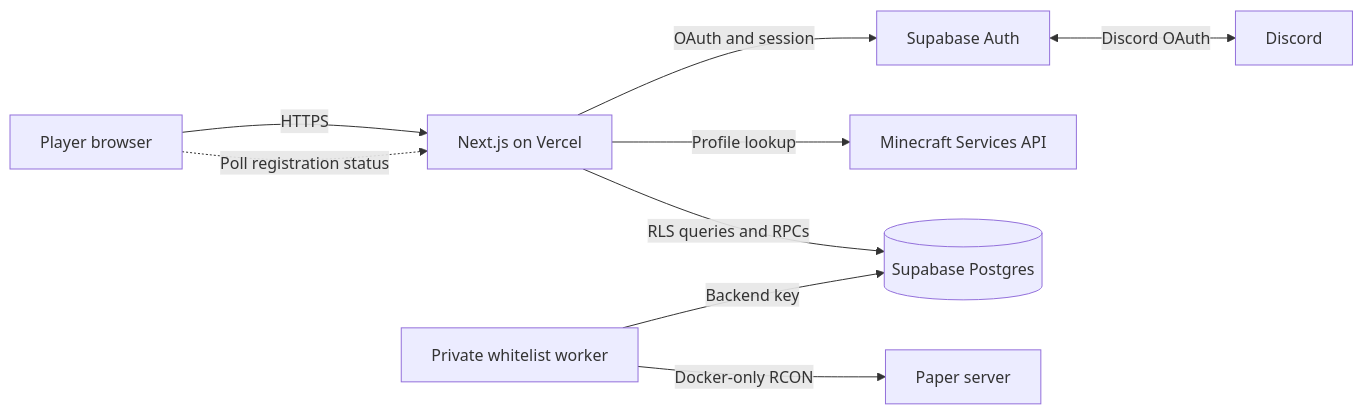
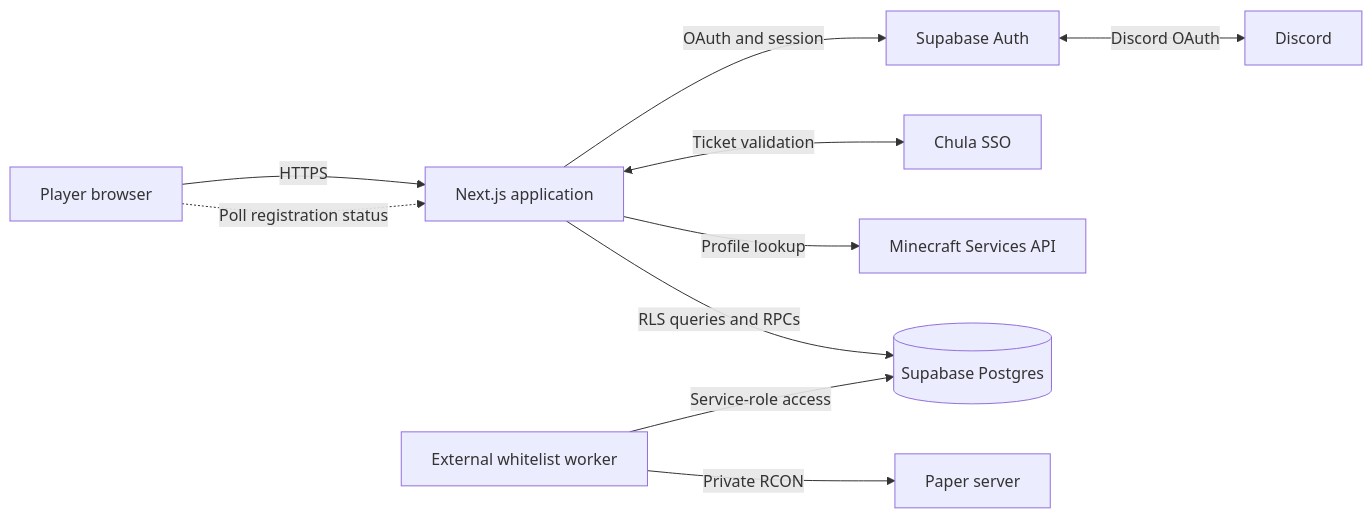
The diagram in README.md (ChulaCraft/chulacraft-web), drawn with Mermaid before and after one commit. The commit also changed other lines of this file, not shown here.

````diff
--- a/README.md
+++ b/README.md
@@ -25,11 +30,12 @@
 ```mermaid
 flowchart LR
-    Player[Player browser] -->|HTTPS| Web[Next.js on Vercel]
-    Web -->|OAuth and session| Auth[Supabase Auth]
-    Auth <-->|Discord OAuth| Discord[Discord]
-    Web -->|Profile lookup| Mojang[Minecraft Services API]
-    Web -->|RLS queries and RPCs| DB[(Supabase Postgres)]
-    Worker[Private whitelist worker] -->|Backend key| DB
-    Worker -->|Docker-only RCON| Paper[Paper server]
-    Player -.->|Poll registration status| Web
+  Player[Player browser] -->|HTTPS| Web[Next.js application]
+  Web -->|OAuth and session| Auth[Supabase Auth]
+  Auth <-->|Discord OAuth| Discord[Discord]
+  Web <-->|Ticket validation| Chula[Chula SSO]
+  Web -->|Profile lookup| Minecraft[Minecraft Services API]
+  Web -->|RLS queries and RPCs| DB[(Supabase Postgres)]
+  Worker[External whitelist worker] -->|Service-role access| DB
+  Worker -->|Private RCON| Paper[Paper server]
+  Player -.->|Poll registration status| Web
 ```
````
